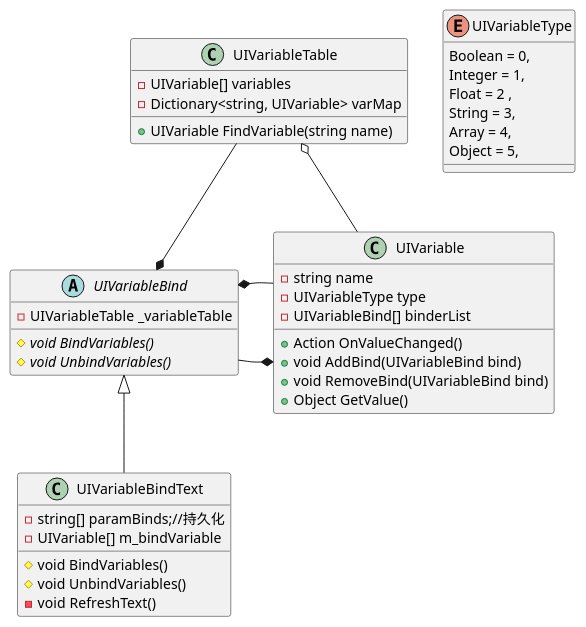
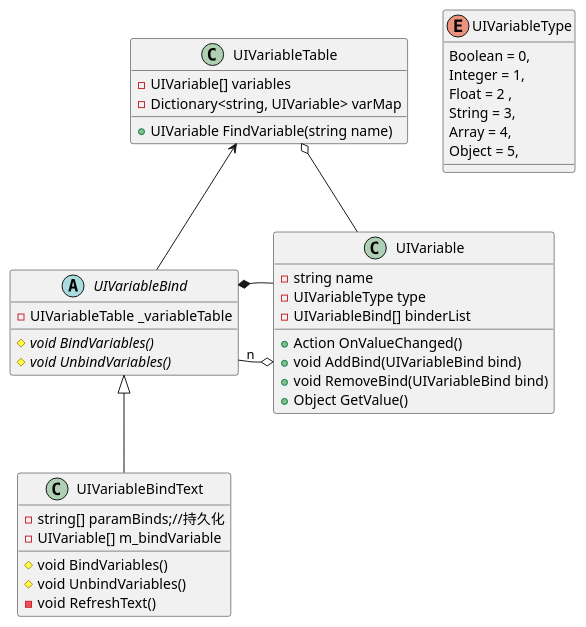
Before and after one commit to ANA-kh/ReactUIForUnity: the diagram in Assets/Scripts/UI/ReactUI/UML/ReactUI.puml, drawn with PlantUML. The commit also changed 2 other files, not shown here.

Commit message:
update UML

```diff
--- a/Assets/Scripts/UI/ReactUI/UML/ReactUI.puml
+++ b/Assets/Scripts/UI/ReactUI/UML/ReactUI.puml
@@ -1,52 +1,52 @@
 @startuml
 
 enum UIVariableType
 {
 Boolean = 0,
 Integer = 1,
 Float = 2 ,
 String = 3,
 Array = 4,
 Object = 5,
 }
 class UIVariable
 {
 -string name
 -UIVariableType type
 -UIVariableBind[] binderList
 +Action OnValueChanged()
 +void AddBind(UIVariableBind bind)
 +void RemoveBind(UIVariableBind bind)
 +Object GetValue()
 }
 class UIVariableTable
 {
 -UIVariable[] variables
 -Dictionary<string, UIVariable> varMap
 +UIVariable FindVariable(string name)
 }
 abstract class UIVariableBind
 {
 -UIVariableTable _variableTable
 
 #{abstract} void BindVariables()
 #{abstract} void UnbindVariables()
 }
 class UIVariableBindText
 {
 -string[] paramBinds;//持久化
 -UIVariable[] m_bindVariable
 #void BindVariables()
 #void UnbindVariables()
 -void RefreshText()
 }
 
 skinparam groupInheritance 2
-UIVariable *-left- UIVariableBind
+UIVariable o-left- "n" UIVariableBind
 UIVariableTable o-down- UIVariable
 UIVariableBind *-- UIVariable
-UIVariableBind *-up- UIVariableTable
+UIVariableBind -up-> UIVariableTable
 UIVariableBindText -up-|> UIVariableBind
 
 
 @enduml
```
